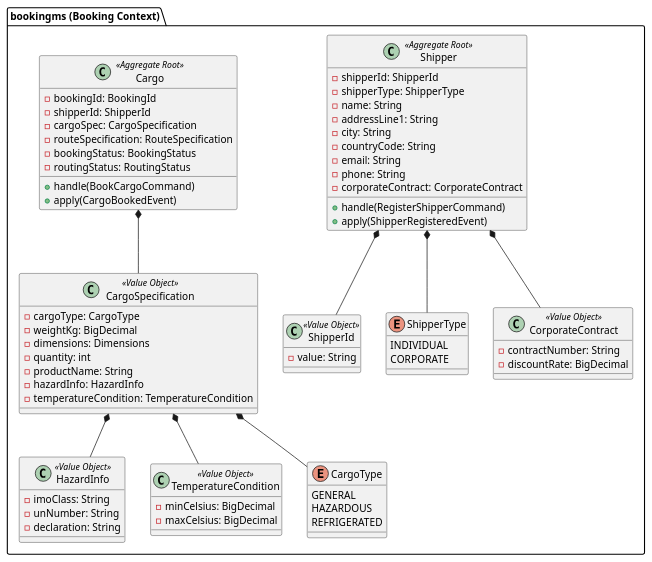
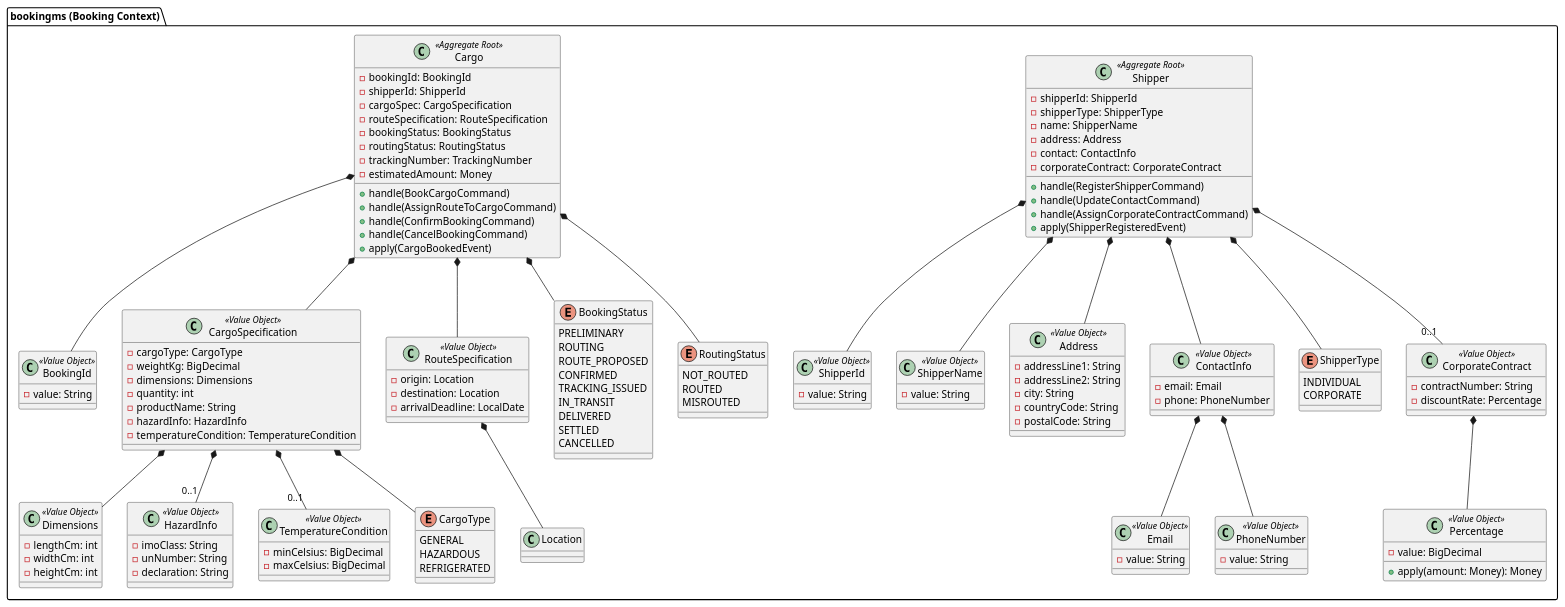
Before and after one commit to k2works/case-study-cargo-tracker: the third of 7 diagrams in docs/development/iteration_plan-2.md, drawn with PlantUML. The commit also changed other lines of this file, not shown here.

````diff
--- a/docs/development/iteration_plan-2.md
+++ b/docs/development/iteration_plan-2.md
@@ -244,18 +246,42 @@
   class Shipper <<Aggregate Root>> {
     - shipperId: ShipperId
     - shipperType: ShipperType
-    - name: String
-    - addressLine1: String
-    - city: String
-    - countryCode: String
-    - email: String
-    - phone: String
+    - name: ShipperName
+    - address: Address
+    - contact: ContactInfo
     - corporateContract: CorporateContract
     + handle(RegisterShipperCommand)
+    + handle(UpdateContactCommand)
+    + handle(AssignCorporateContractCommand)
     + apply(ShipperRegisteredEvent)
   }
 
   class ShipperId <<Value Object>> {
+    - value: String
+  }
+
+  class ShipperName <<Value Object>> {
+    - value: String
+  }
+
+  class Address <<Value Object>> {
+    - addressLine1: String
+    - addressLine2: String
+    - city: String
+    - countryCode: String
+    - postalCode: String
+  }
+
+  class ContactInfo <<Value Object>> {
+    - email: Email
+    - phone: PhoneNumber
+  }
+
+  class Email <<Value Object>> {
+    - value: String
+  }
+
+  class PhoneNumber <<Value Object>> {
     - value: String
   }
 
@@ -266,8 +292,13 @@
 
   class CorporateContract <<Value Object>> {
     - contractNumber: String
-    - discountRate: BigDecimal
-    ' discountRate は 0.000 〜 0.300
+    - discountRate: Percentage
+    ' discountRate は 0.000 〜 0.300（US22 で参照）
+  }
+
+  class Percentage <<Value Object>> {
+    - value: BigDecimal
+    + apply(amount: Money): Money
   }
 
   class Cargo <<Aggregate Root>> {
@@ -277,8 +308,17 @@
     - routeSpecification: RouteSpecification
     - bookingStatus: BookingStatus
     - routingStatus: RoutingStatus
+    - trackingNumber: TrackingNumber
+    - estimatedAmount: Money
     + handle(BookCargoCommand)
+    + handle(AssignRouteToCargoCommand)
+    + handle(ConfirmBookingCommand)
+    + handle(CancelBookingCommand)
     + apply(CargoBookedEvent)
+  }
+
+  class BookingId <<Value Object>> {
+    - value: String
   }
 
   class CargoSpecification <<Value Object>> {
@@ -289,6 +329,12 @@
     - productName: String
     - hazardInfo: HazardInfo
     - temperatureCondition: TemperatureCondition
+  }
+
+  class Dimensions <<Value Object>> {
+    - lengthCm: int
+    - widthCm: int
+    - heightCm: int
   }
 
   class HazardInfo <<Value Object>> {
@@ -302,19 +348,56 @@
     - maxCelsius: BigDecimal
   }
 
+  class RouteSpecification <<Value Object>> {
+    - origin: Location
+    - destination: Location
+    - arrivalDeadline: LocalDate
+  }
+
   enum CargoType {
     GENERAL
     HAZARDOUS
     REFRIGERATED
   }
 
+  enum BookingStatus {
+    PRELIMINARY
+    ROUTING
+    ROUTE_PROPOSED
+    CONFIRMED
+    TRACKING_ISSUED
+    IN_TRANSIT
+    DELIVERED
+    SETTLED
+    CANCELLED
+  }
+
+  enum RoutingStatus {
+    NOT_ROUTED
+    ROUTED
+    MISROUTED
+  }
+
   Shipper *-- ShipperId
   Shipper *-- ShipperType
-  Shipper *-- CorporateContract
+  Shipper *-- ShipperName
+  Shipper *-- Address
+  Shipper *-- ContactInfo
+  Shipper *-- "0..1" CorporateContract
+  ContactInfo *-- Email
+  ContactInfo *-- PhoneNumber
+  CorporateContract *-- Percentage
+
+  Cargo *-- BookingId
   Cargo *-- CargoSpecification
-  CargoSpecification *-- HazardInfo
-  CargoSpecification *-- TemperatureCondition
+  Cargo *-- RouteSpecification
+  Cargo *-- BookingStatus
+  Cargo *-- RoutingStatus
   CargoSpecification *-- CargoType
+  CargoSpecification *-- Dimensions
+  CargoSpecification *-- "0..1" HazardInfo
+  CargoSpecification *-- "0..1" TemperatureCondition
+  RouteSpecification *-- Location
 }
 @enduml
 ```
````
